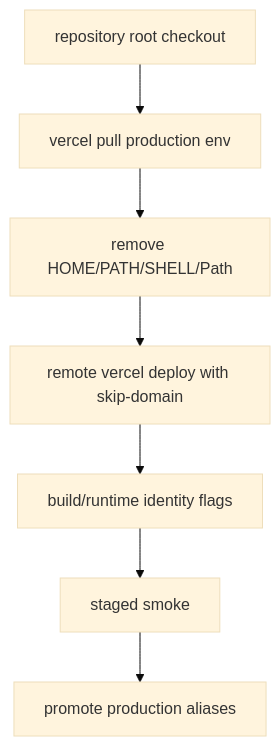
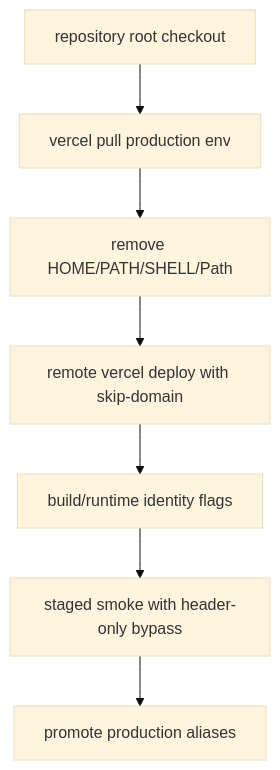
One commit to ramideltoro/nutsnews-docs changed the diagram in updates/README_VERCEL_PRODUCTION_BUILD_SHELL_ENV_FIX.md. Above: the diagram before and after it, drawn with Mermaid (base theme). The commit also changed other lines of this file, not shown here.

Commit message:
docs: document Vercel bypass smoke fix

````diff
--- a/updates/README_VERCEL_PRODUCTION_BUILD_SHELL_ENV_FIX.md
+++ b/updates/README_VERCEL_PRODUCTION_BUILD_SHELL_ENV_FIX.md
@@ -85,9 +99,9 @@
 ```mermaid
 flowchart TD
   root["repository root checkout"] --> pull["vercel pull production env"]
   pull --> strip["remove HOME/PATH/SHELL/Path"]
   strip --> staged["remote vercel deploy with skip-domain"]
   staged --> identity["build/runtime identity flags"]
-  identity --> smoke["staged smoke"]
+  identity --> smoke["staged smoke with header-only bypass"]
   smoke --> promote["promote production aliases"]
 ```
````
